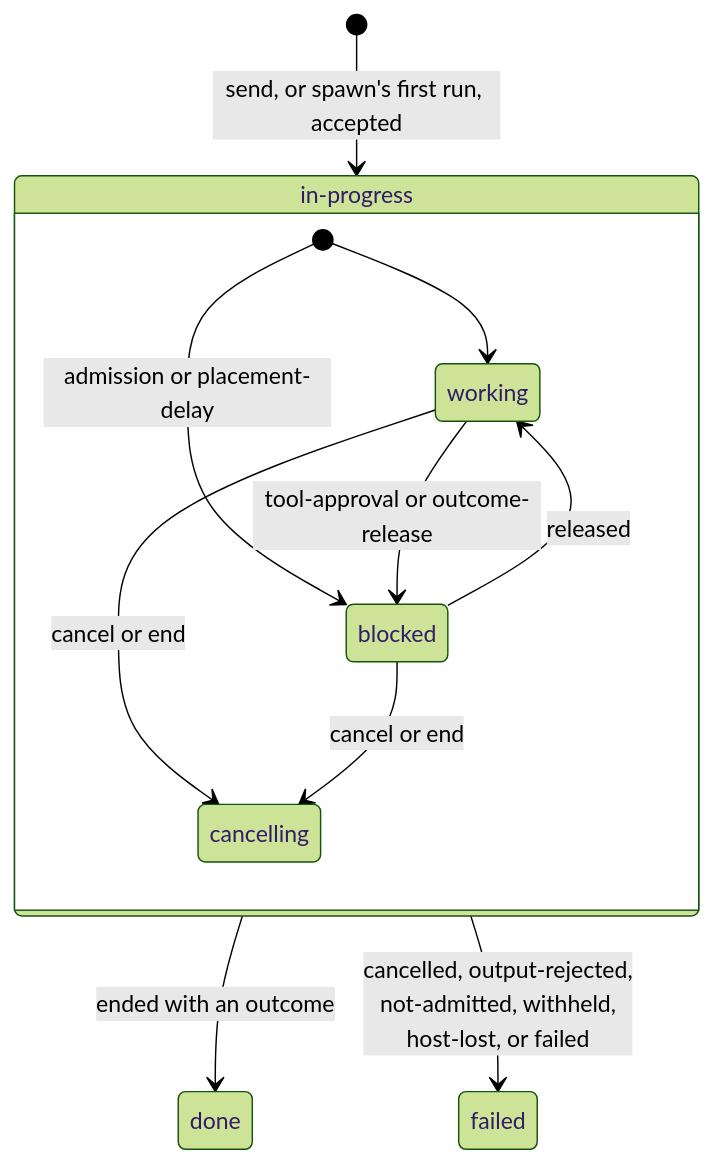
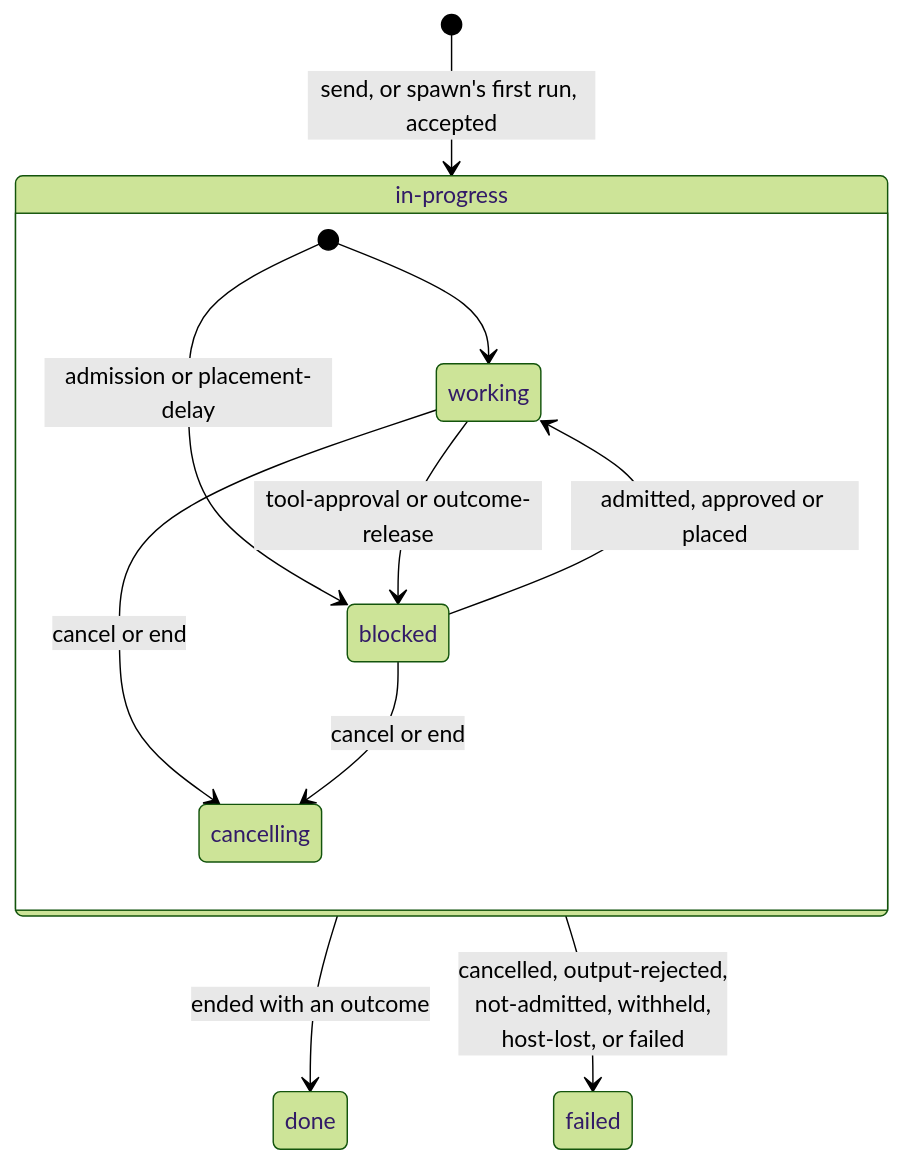
Before and after one commit to cosmonic-labs/agent-sdk: the second of 2 diagrams in wit/cosmonic-agent/docs/spawn/CONFORMANCE.md, drawn with Mermaid (forest theme). The commit also changed other lines of this file and 2 other files, not shown here.

````diff
--- a/wit/cosmonic-agent/docs/spawn/CONFORMANCE.md
+++ b/wit/cosmonic-agent/docs/spawn/CONFORMANCE.md
@@ -379,14 +379,14 @@
 ```mermaid
 stateDiagram-v2
     state "in-progress" as in_progress {
         [*] --> working
         [*] --> blocked: admission or placement-delay
         working --> blocked: tool-approval or outcome-release
-        blocked --> working: released
+        blocked --> working: admitted, approved or placed
         working --> cancelling: cancel or end
         blocked --> cancelling: cancel or end
     }
     [*] --> in_progress: send, or spawn's first run, accepted
     in_progress --> done: ended with an outcome
     in_progress --> failed: cancelled, output-rejected,<br>not-admitted, withheld,<br>host-lost, or failed
 ```
````
